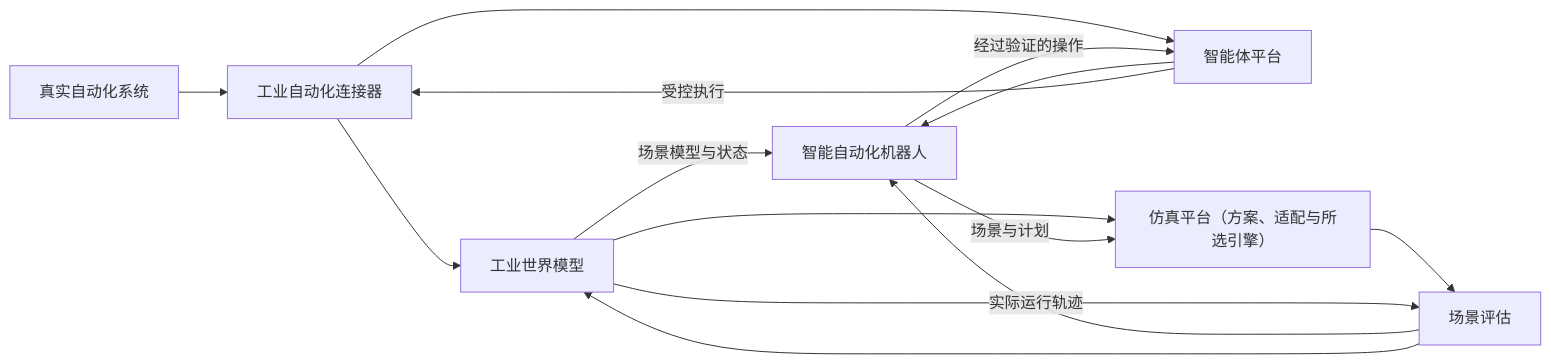
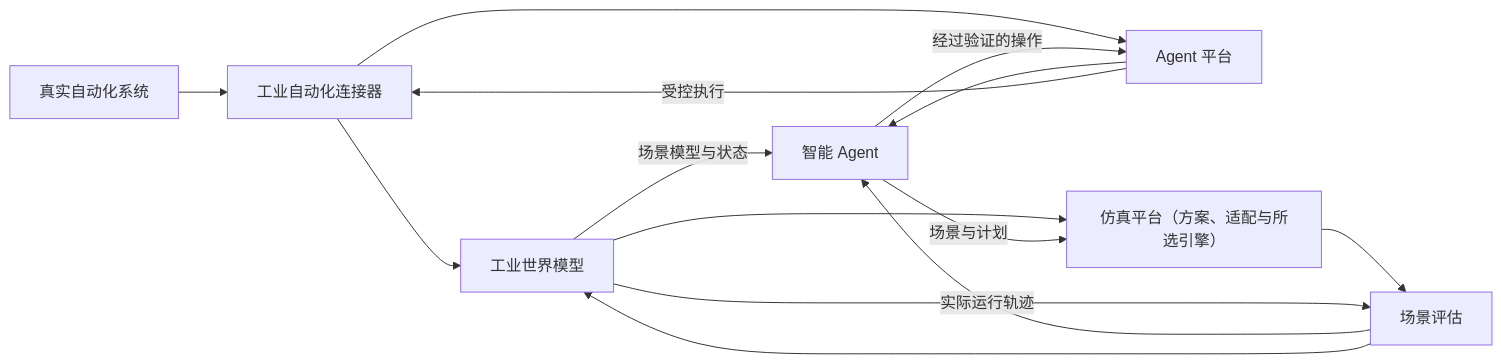
The diagram in README.zh-CN.md (simulator-bot/design-docs), drawn with Mermaid before and after one commit. The commit also changed other lines of this file, not shown here.

Commit message:
Standardize Agent terminology in the Chinese system design

````diff
--- a/README.zh-CN.md
+++ b/README.zh-CN.md
@@ -13,16 +13,16 @@
 ```mermaid
 flowchart LR
     R[真实自动化系统] --> C[工业自动化连接器]
     C --> W[工业世界模型]
-    C --> P[智能体平台]
-    P --> A[智能自动化机器人]
+    C --> P[Agent 平台]
+    P --> A[智能 Agent]
     W -->|场景模型与状态| A
     W --> S[仿真平台（方案、适配与所选引擎）]
     A -->|场景与计划| S
     S --> E[场景评估]
     W -->|实际运行轨迹| E
     E --> A
     E --> W
     A -->|经过验证的操作| P
     P -->|受控执行| C
 ```
````
